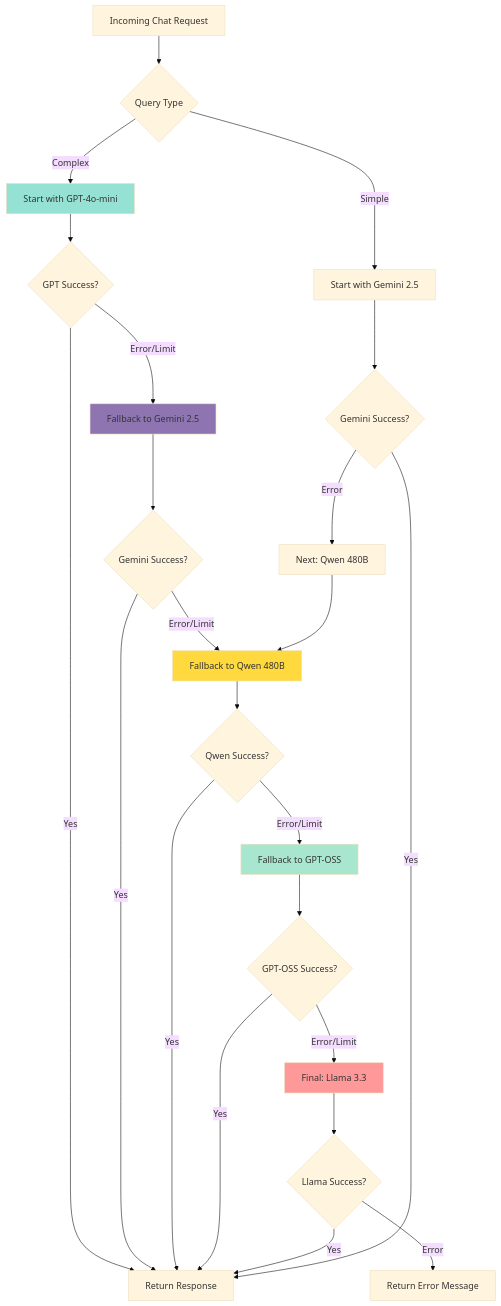
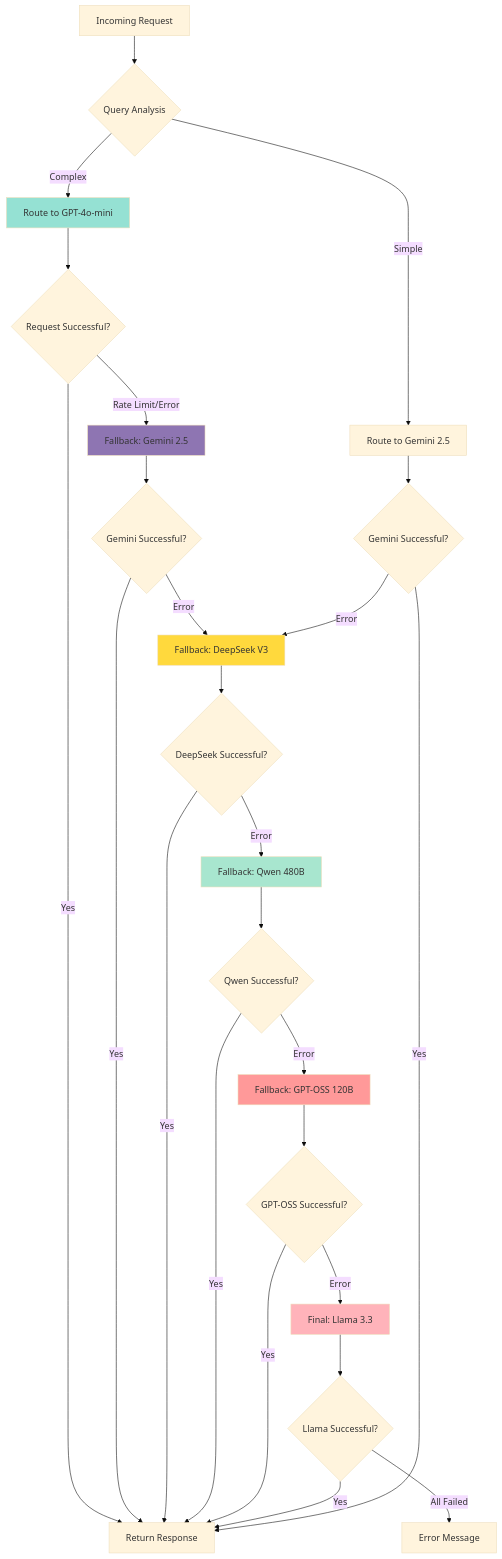
One commit to Takawell/Aichixia changed the third of 4 diagrams in README.md. Above: the diagram before and after it, drawn with Mermaid (base theme). The commit also changed other lines of this file, not shown here.

````diff
--- a/README.md
+++ b/README.md
@@ -183,37 +177,41 @@
 ```mermaid
 flowchart TD
-    A[Incoming Chat Request] --> B{Query Type}
-    B -->|Simple| C[Start with Gemini 2.5]
-    B -->|Complex| D[Start with GPT-4o-mini]
+    A[Incoming Request] --> B{Query Analysis}
+    B -->|Simple| C[Route to Gemini 2.5]
+    B -->|Complex| D[Route to GPT-4o-mini]
     
-    D --> E{GPT Success?}
+    D --> E{Request Successful?}
     E -->|Yes| F[Return Response]
-    E -->|Error/Limit| G[Fallback to Gemini 2.5]
+    E -->|Rate Limit/Error| G[Fallback: Gemini 2.5]
     
-    G --> H{Gemini Success?}
+    G --> H{Gemini Successful?}
     H -->|Yes| F
-    H -->|Error/Limit| I[Fallback to Qwen 480B]
+    H -->|Error| I[Fallback: DeepSeek V3]
     
-    I --> J{Qwen Success?}
+    I --> J{DeepSeek Successful?}
     J -->|Yes| F
-    J -->|Error/Limit| K[Fallback to GPT-OSS]
+    J -->|Error| K[Fallback: Qwen 480B]
     
-    K --> L{GPT-OSS Success?}
+    K --> L{Qwen Successful?}
     L -->|Yes| F
-    L -->|Error/Limit| M[Final: Llama 3.3]
+    L -->|Error| M[Fallback: GPT-OSS 120B]
     
-    M --> N{Llama Success?}
+    M --> N{GPT-OSS Successful?}
     N -->|Yes| F
-    N -->|Error| O[Return Error Message]
+    N -->|Error| O[Final: Llama 3.3]
     
-    C --> P{Gemini Success?}
+    O --> P{Llama Successful?}
     P -->|Yes| F
-    P -->|Error| Q[Next: Qwen 480B]
-    Q --> I
+    P -->|All Failed| Q[Error Message]
+    
+    C --> R{Gemini Successful?}
+    R -->|Yes| F
+    R -->|Error| I
     
     style D fill:#95e1d3
     style G fill:#8E75B2
     style I fill:#ffd93d
     style K fill:#a8e6cf
     style M fill:#ff9999
+    style O fill:#ffb3ba
 ```
````
